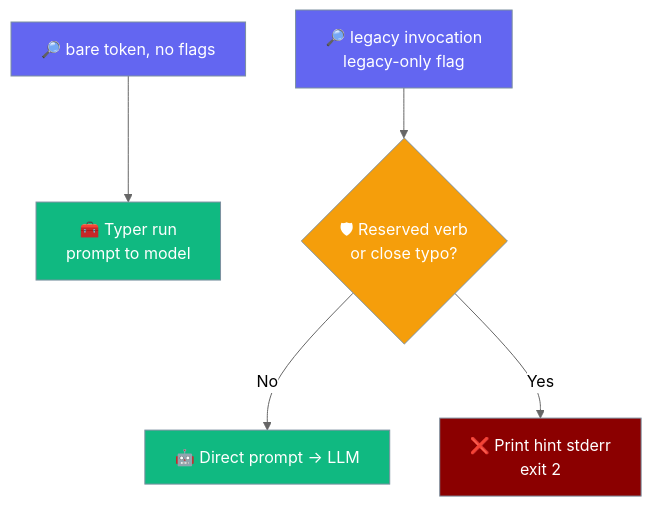
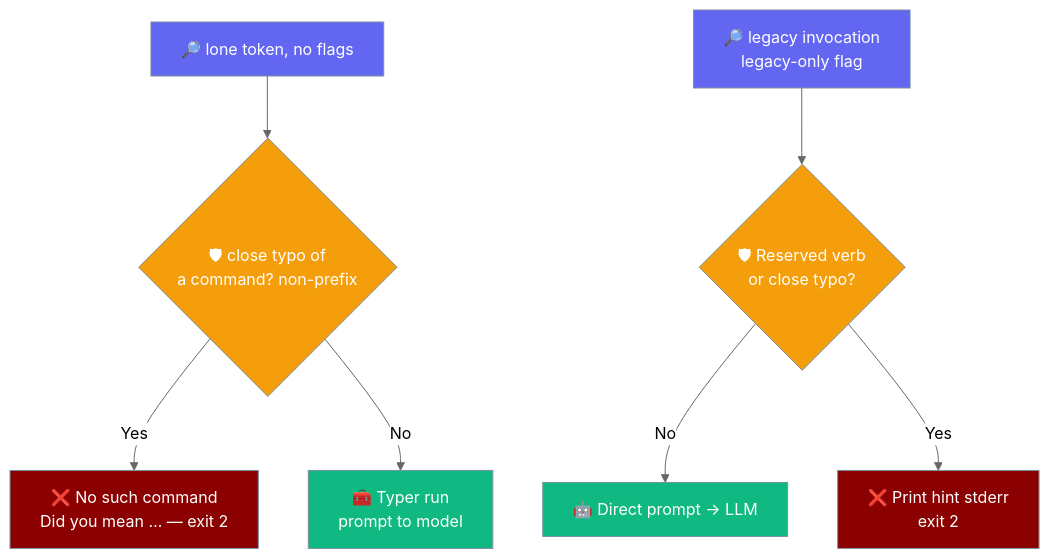
The fifth of 5 diagrams in docs/features/cli-dispatcher.mdx (MervinPraison/PraisonAIDocs), drawn with Mermaid (neutral theme) before and after one commit. The commit also changed other lines of this file and 1 other file, not shown here.

First line of the commit message:
docs: CLI dispatcher global-flag hoisting + mistyped-verb guard (fixes #3132)

````diff
--- a/docs/features/cli-dispatcher.mdx
+++ b/docs/features/cli-dispatcher.mdx
@@ -314,17 +396,19 @@
 ```mermaid
 graph TB
-    Bare[🔎 bare token, no flags] --> Run[🧰 Typer run<br/>prompt to model]
+    Bare[🔎 lone token, no flags] --> M{🛡 close typo of<br/>a command? non-prefix}
+    M -->|Yes| Guard[❌ No such command<br/>Did you mean … — exit 2]
+    M -->|No| Run[🧰 Typer run<br/>prompt to model]
     Flagged[🔎 legacy invocation<br/>legacy-only flag] --> G{🛡 Reserved verb<br/>or close typo?}
     G -->|No| Prompt[🤖 Direct prompt → LLM]
-    G -->|Yes| Guard[❌ Print hint stderr<br/>exit 2]
+    G -->|Yes| Guard2[❌ Print hint stderr<br/>exit 2]
 
     classDef input fill:#6366F1,stroke:#7C90A0,color:#fff
     classDef check fill:#F59E0B,stroke:#7C90A0,color:#fff
     classDef route fill:#10B981,stroke:#7C90A0,color:#fff
     classDef agent fill:#8B0000,stroke:#7C90A0,color:#fff
 
     class Bare,Flagged input
-    class G check
+    class M,G check
     class Run,Prompt route
-    class Guard agent
+    class Guard,Guard2 agent
 ```
````
